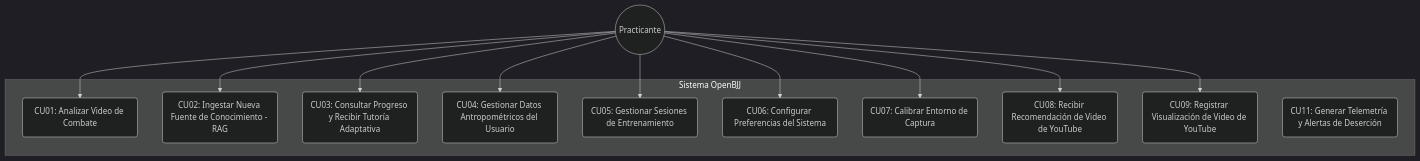
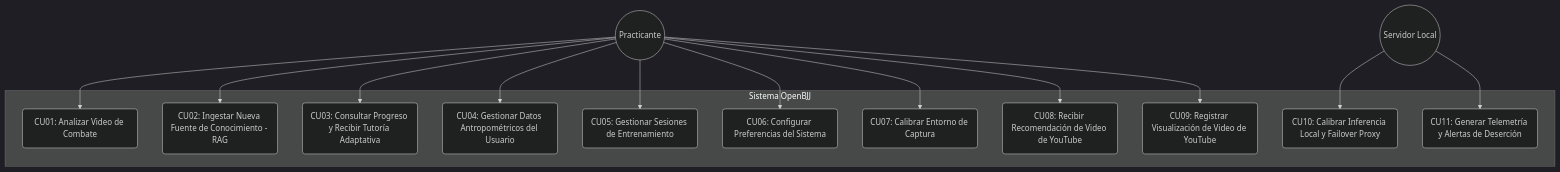
Before and after one commit to Tsmrain/Documentacion: the second of 14 diagrams in README.md, drawn with Mermaid (dark theme). The commit also changed other lines of this file, not shown here.

````diff
--- a/README.md
+++ b/README.md
@@ -724,27 +698,31 @@
 ```mermaid
 flowchart TD
     Practicante((Practicante))
+    ServidorLocal((Servidor Local))
     
     subgraph "Sistema OpenBJJ"
         CU01(CU01: Analizar Video de Combate)
         CU02(CU02: Ingestar Nueva Fuente de Conocimiento - RAG)
         CU03(CU03: Consultar Progreso y Recibir Tutoría Adaptativa)
         CU04(CU04: Gestionar Datos Antropométricos del Usuario)
         CU05(CU05: Gestionar Sesiones de Entrenamiento)
         CU06(CU06: Configurar Preferencias del Sistema)
         CU07(CU07: Calibrar Entorno de Captura)
         CU08(CU08: Recibir Recomendación de Video de YouTube)
         CU09(CU09: Registrar Visualización de Video de YouTube)
+        CU10(CU10: Calibrar Inferencia Local y Failover Proxy)
         CU11(CU11: Generar Telemetría y Alertas de Deserción)
     end
     
     Practicante --> CU01
     Practicante --> CU02
     Practicante --> CU03
     Practicante --> CU04
     Practicante --> CU05
     Practicante --> CU06
     Practicante --> CU07
     Practicante --> CU08
     Practicante --> CU09
+    ServidorLocal --> CU10
+    ServidorLocal --> CU11
 ```
````
